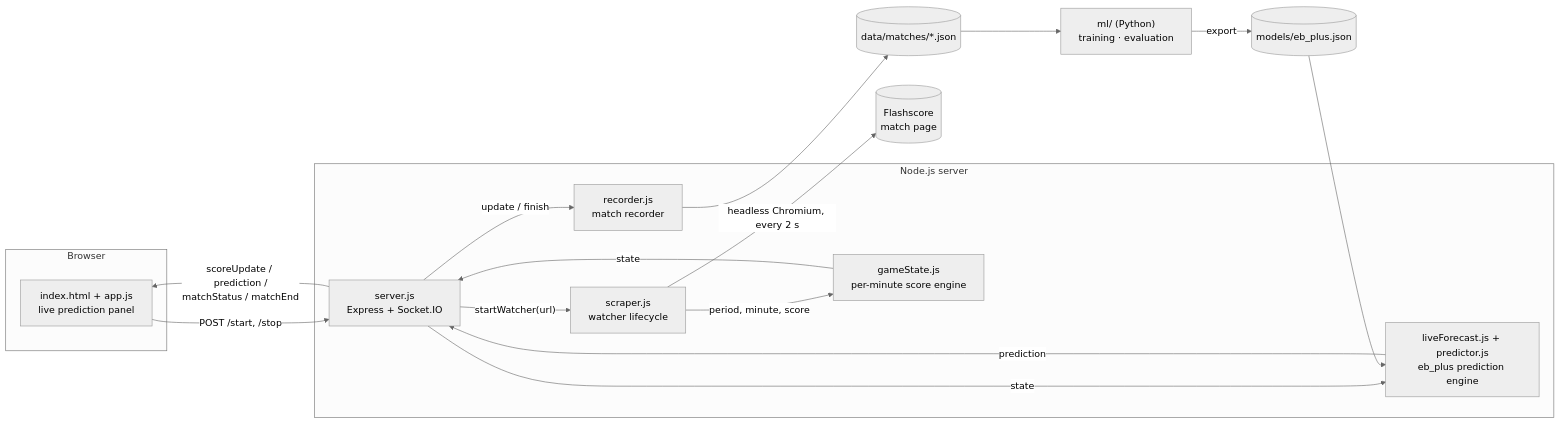
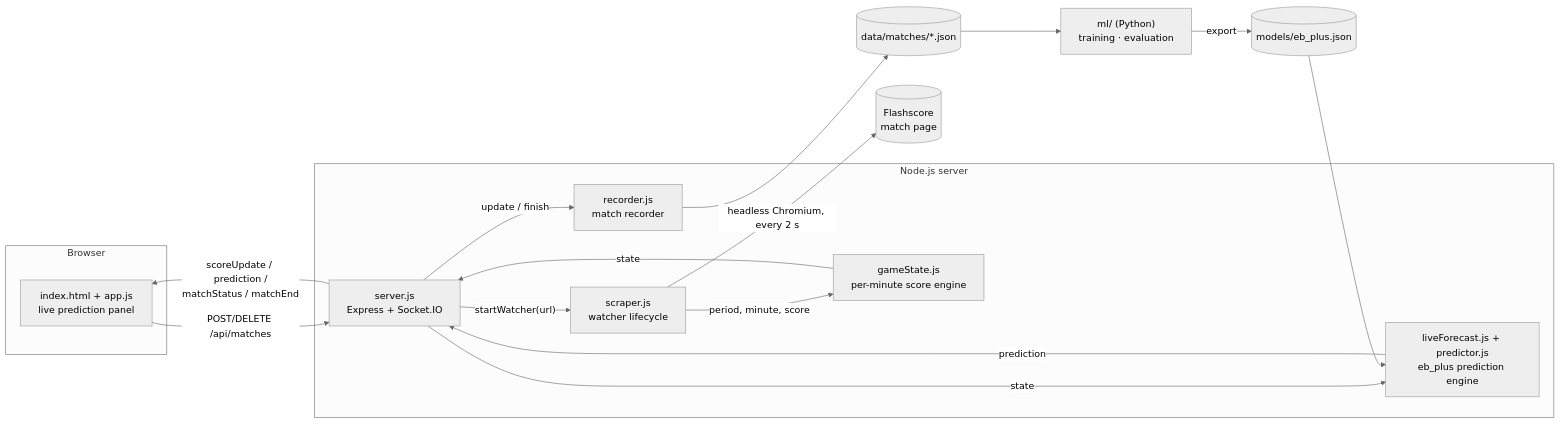
The first of 3 diagrams in README.md (aral-by/basketscrape), drawn with Mermaid (neutral theme) before and after one commit. The commit also changed other lines of this file and 21 other files, not shown here.

````diff
--- a/README.md
+++ b/README.md
@@ -25,34 +25,34 @@
 ```mermaid
 flowchart LR
     subgraph Browser
         ANA["index.html + app.js<br/>live prediction panel"]
     end
 
     subgraph Node["Node.js server"]
         SRV["server.js<br/>Express + Socket.IO"]
         WAT["scraper.js<br/>watcher lifecycle"]
         SB["gameState.js<br/>per-minute score engine"]
         REC["recorder.js<br/>match recorder"]
         PRD["liveForecast.js + predictor.js<br/>eb_plus prediction engine"]
     end
 
     MODEL[("models/eb_plus.json")]
 
     FS[("Flashscore<br/>match page")]
     DATA[("data/matches/*.json")]
     ML["ml/ (Python)<br/>training · evaluation"]
 
-    ANA -- "POST /start, /stop" --> SRV
+    ANA -- "POST/DELETE /api/matches" --> SRV
     SRV -- "startWatcher(url)" --> WAT
     WAT -- "headless Chromium, every 2 s" --> FS
     WAT -- "period, minute, score" --> SB
     SB -- "state" --> SRV
     SRV -- "state" --> PRD
     MODEL --> PRD
     PRD -- "prediction" --> SRV
     SRV -- "scoreUpdate / prediction /<br/>matchStatus / matchEnd" --> ANA
     SRV -- "update / finish" --> REC
     REC --> DATA
     DATA --> ML
     ML -- "export" --> MODEL
 ```
````
